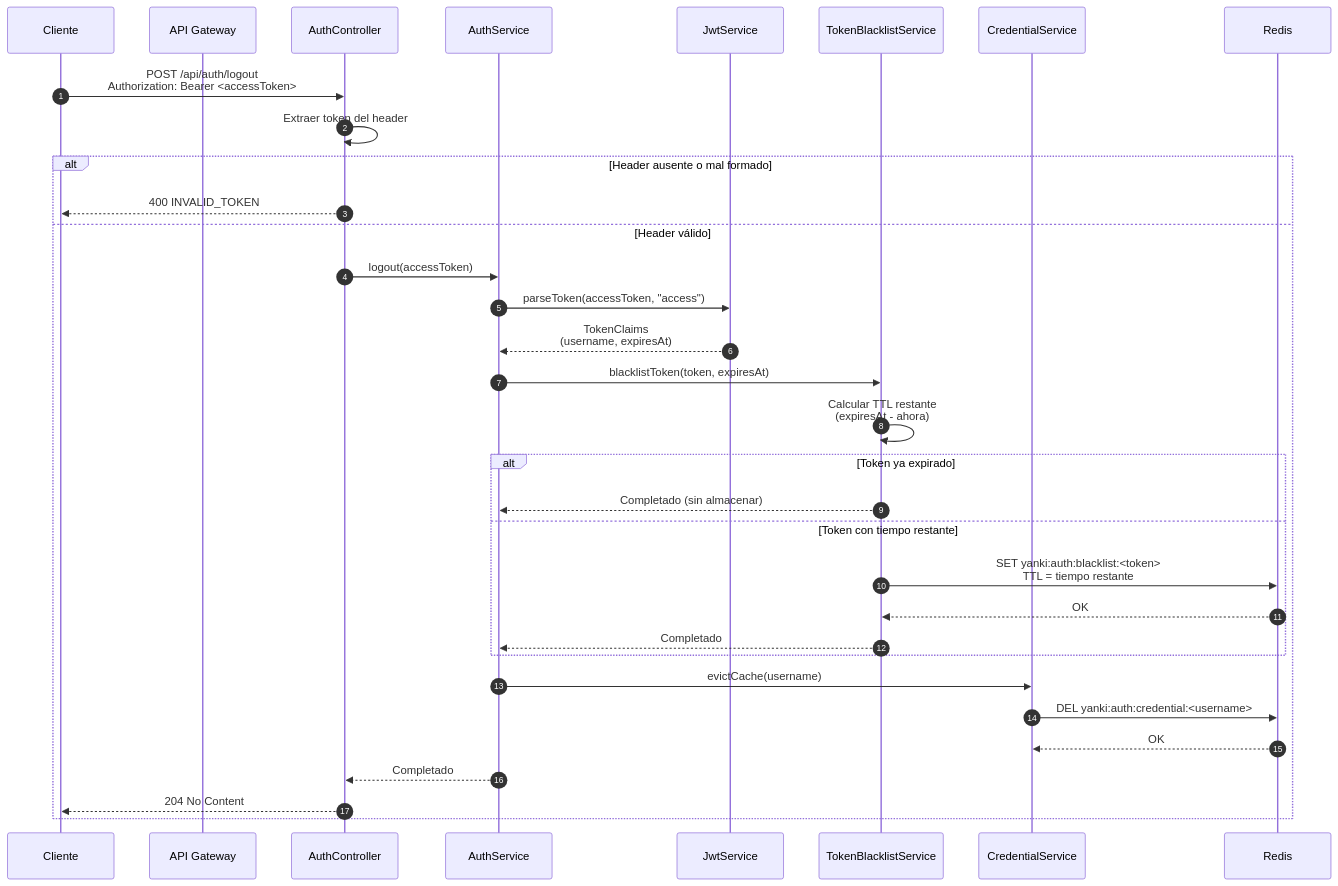
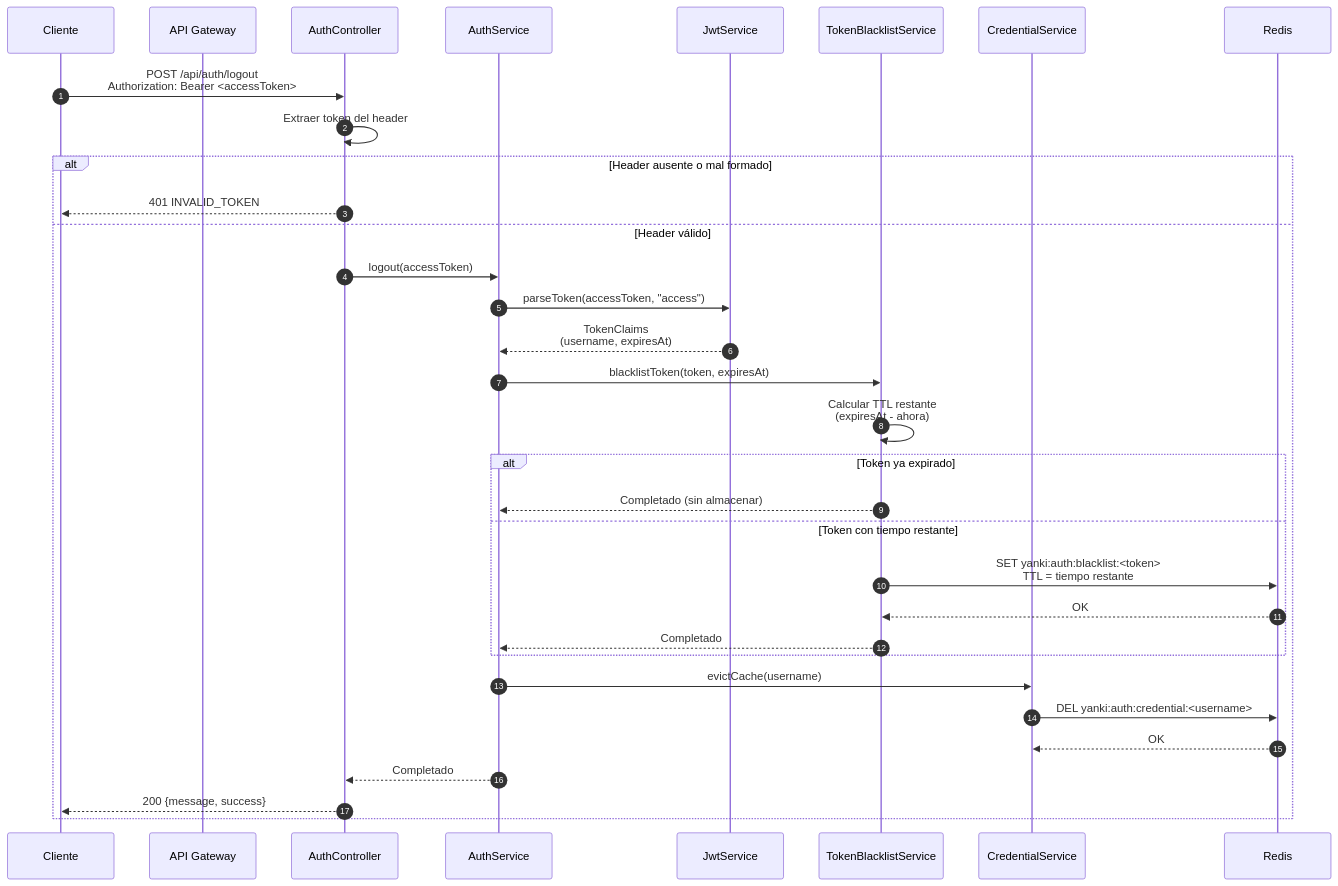
Before and after one commit to sebastianrm/auth-service: the third of 6 diagrams in README.md, drawn with Mermaid. The commit also changed other lines of this file and 1 other file, not shown here.

````diff
--- a/README.md
+++ b/README.md
@@ -182,44 +182,44 @@
 ```mermaid
 sequenceDiagram
     autonumber
     participant Cliente
     participant Gateway as API Gateway
     participant Controller as AuthController
     participant AuthService as AuthService
     participant JwtService as JwtService
     participant Blacklist as TokenBlacklistService
     participant CredService as CredentialService
     participant Redis as Redis
 
     Cliente->>Controller: POST /api/auth/logout<br/>Authorization: Bearer <accessToken>
 
     Controller->>Controller: Extraer token del header
 
     alt Header ausente o mal formado
-        Controller-->>Cliente: 400 INVALID_TOKEN
+        Controller-->>Cliente: 401 INVALID_TOKEN
     else Header válido
         Controller->>AuthService: logout(accessToken)
 
         AuthService->>JwtService: parseToken(accessToken, "access")
         JwtService-->>AuthService: TokenClaims<br/>(username, expiresAt)
 
         AuthService->>Blacklist: blacklistToken(token, expiresAt)
 
         Blacklist->>Blacklist: Calcular TTL restante<br/>(expiresAt - ahora)
 
         alt Token ya expirado
             Blacklist-->>AuthService: Completado (sin almacenar)
         else Token con tiempo restante
             Blacklist->>Redis: SET yanki:auth:blacklist:<token><br/>TTL = tiempo restante
             Redis-->>Blacklist: OK
             Blacklist-->>AuthService: Completado
         end
 
         AuthService->>CredService: evictCache(username)
         CredService->>Redis: DEL yanki:auth:credential:<username>
         Redis-->>CredService: OK
 
         AuthService-->>Controller: Completado
-        Controller-->>Cliente: 204 No Content
+        Controller-->>Cliente: 200 {message, success}
     end
 ```
````
